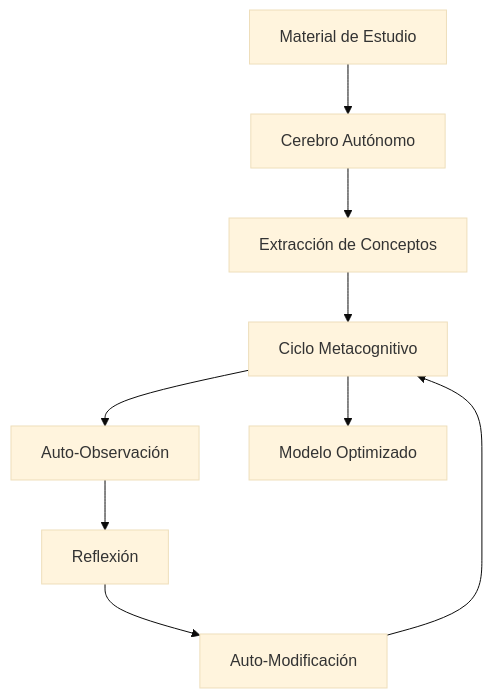
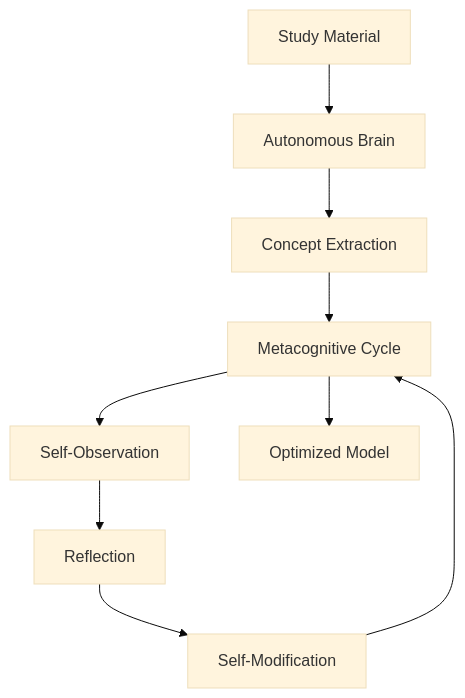
Before and after one commit to janxhg/OpenMetaCognitionAI: the diagram in README.md, drawn with Mermaid (base theme). The commit also changed other lines of this file, not shown here.

````diff
--- a/README.md
+++ b/README.md
@@ -37,11 +38,11 @@
 ```mermaid
 flowchart TD
-    A[Material de Estudio] --> B[Cerebro Autónomo]
-    B --> C[Extracción de Conceptos]
-    C --> D[Ciclo Metacognitivo]
-    D --> E[Auto-Observación]
-    E --> F[Reflexión]
-    F --> G[Auto-Modificación]
+    A[Study Material] --> B[Autonomous Brain]
+    B --> C[Concept Extraction]
+    C --> D[Metacognitive Cycle]
+    D --> E[Self-Observation]
+    E --> F[Reflection]
+    F --> G[Self-Modification]
     G --> D
-    D --> H[Modelo Optimizado]
+    D --> H[Optimized Model]
 ```
````
